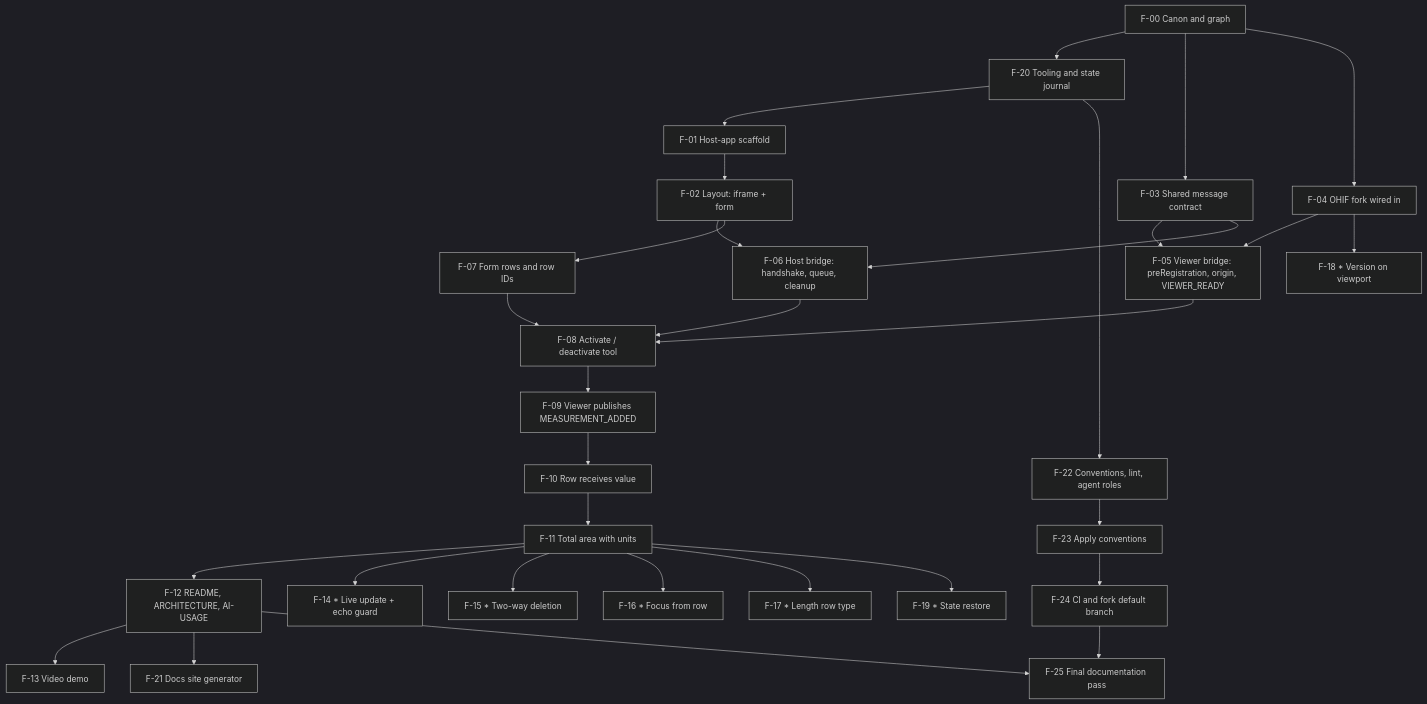
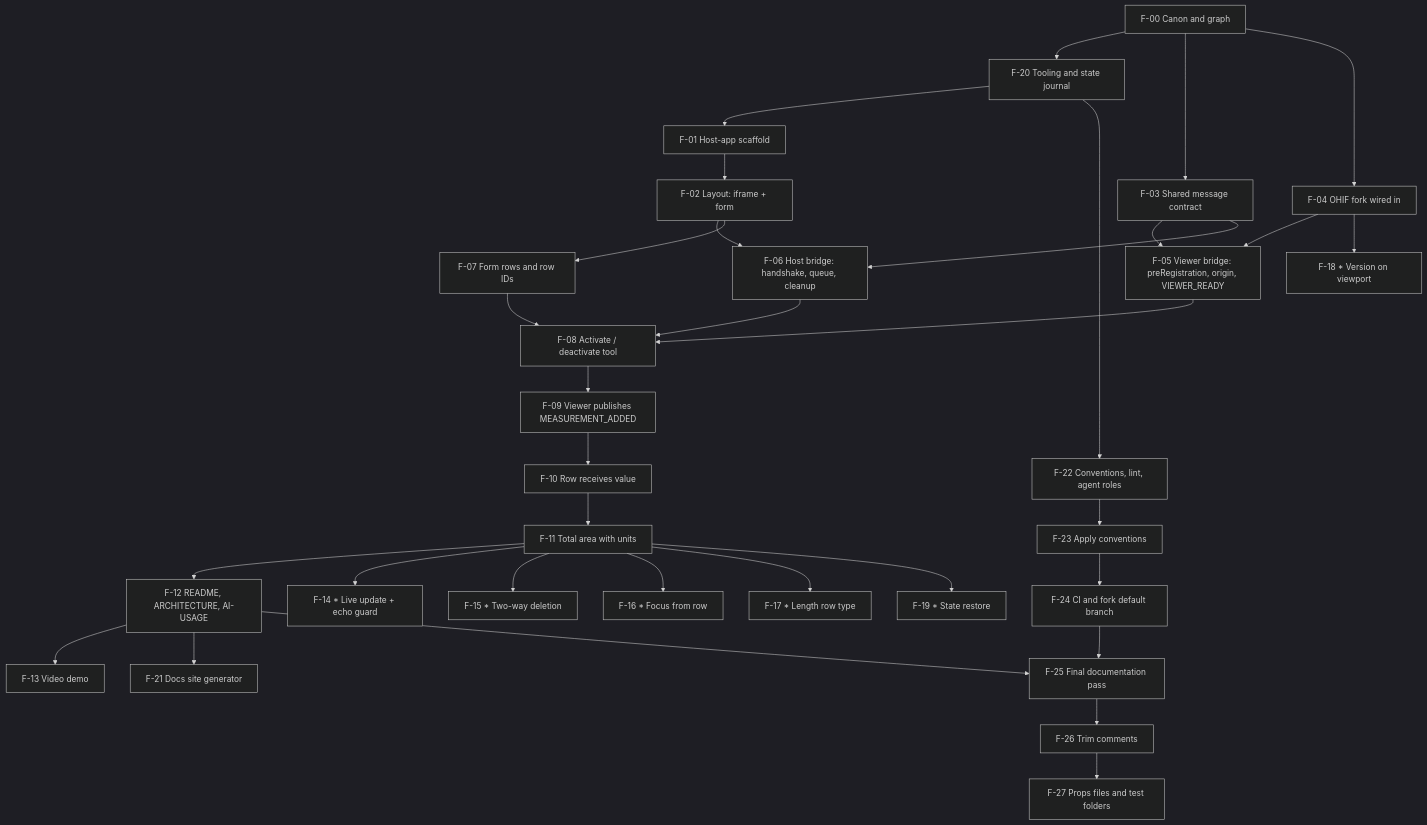
One commit to bdiadiun/artifact-synchronization changed the diagram in docs/FEATURE-GRAPH.md. Above: the diagram before and after it, drawn with Mermaid (dark theme). The commit also changed other lines of this file and 31 other files, not shown here.

First line of the commit message:
refactor: trim comments

````diff
--- a/docs/FEATURE-GRAPH.md
+++ b/docs/FEATURE-GRAPH.md
@@ -69,51 +71,53 @@
 ```mermaid
 graph TD
   F00[F-00 Canon and graph]
   F20[F-20 Tooling and state journal]
   F01[F-01 Host-app scaffold]
   F02[F-02 Layout: iframe + form]
   F03[F-03 Shared message contract]
   F04[F-04 OHIF fork wired in]
   F05[F-05 Viewer bridge: preRegistration, origin, VIEWER_READY]
   F06[F-06 Host bridge: handshake, queue, cleanup]
   F07[F-07 Form rows and row IDs]
   F08[F-08 Activate / deactivate tool]
   F09[F-09 Viewer publishes MEASUREMENT_ADDED]
   F10[F-10 Row receives value]
   F11[F-11 Total area with units]
   F12[F-12 README, ARCHITECTURE, AI-USAGE]
   F21[F-21 Docs site generator]
   F22[F-22 Conventions, lint, agent roles]
   F23[F-23 Apply conventions]
   F24[F-24 CI and fork default branch]
   F25[F-25 Final documentation pass]
+  F26[F-26 Trim comments]
+  F27[F-27 Props files and test folders]
   F13[F-13 Video demo]
   F14[F-14 * Live update + echo guard]
   F15[F-15 * Two-way deletion]
   F16[F-16 * Focus from row]
   F17[F-17 * Length row type]
   F18[F-18 * Version on viewport]
   F19[F-19 * State restore]
 
   F00 --> F20 --> F01 --> F02
   F00 --> F03
   F00 --> F04
   F03 --> F05
   F04 --> F05
   F02 --> F06
   F03 --> F06
   F02 --> F07
   F05 --> F08
   F06 --> F08
   F07 --> F08
   F08 --> F09 --> F10 --> F11 --> F12 --> F13
   F12 --> F21
-  F20 --> F22 --> F23 --> F24 --> F25
+  F20 --> F22 --> F23 --> F24 --> F25 --> F26 --> F27
   F12 --> F25
   F11 --> F14
   F11 --> F15
   F11 --> F16
   F11 --> F17
   F04 --> F18
   F11 --> F19
 ```
````
